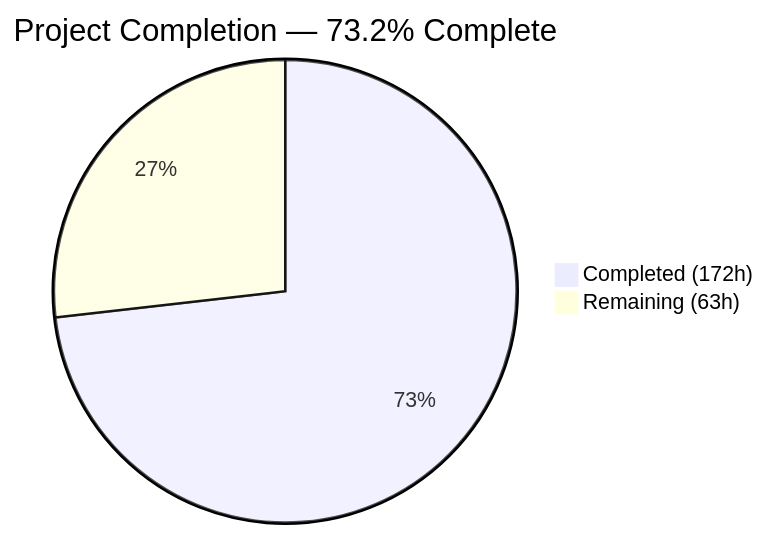
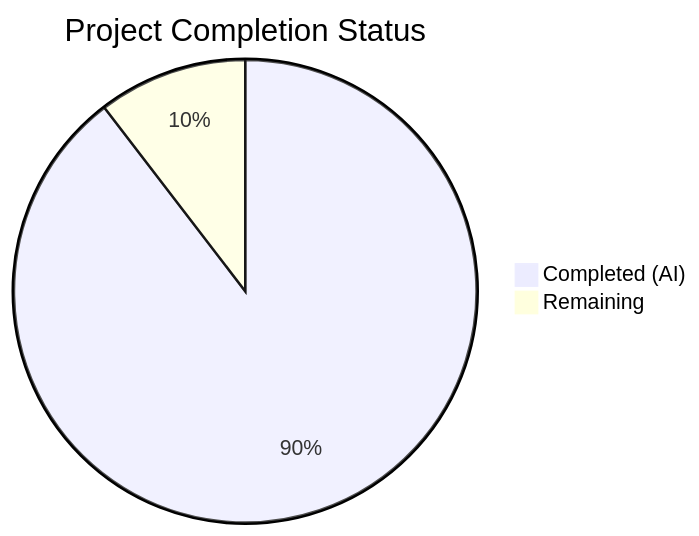
Before and after one commit to Blitzy-Sandbox/blitzy-SplendidCRM: the first of 2 diagrams in blitzy/documentation/Project Guide.md, drawn with Mermaid. The commit also changed other lines of this file, not shown here.

Commit message:
Adding Blitzy Project Guide: Project Status and Human Tasks Remaining

````diff
--- a/blitzy/documentation/Project Guide.md
+++ b/blitzy/documentation/Project Guide.md
@@ -13,5 +22,5 @@
 ```mermaid
-pie title Project Completion — 73.2% Complete
-    "Completed (172h)" : 172
-    "Remaining (63h)" : 63
+pie title Project Completion Status
+    "Completed (AI)" : 172
+    "Remaining" : 20
 ```
````
